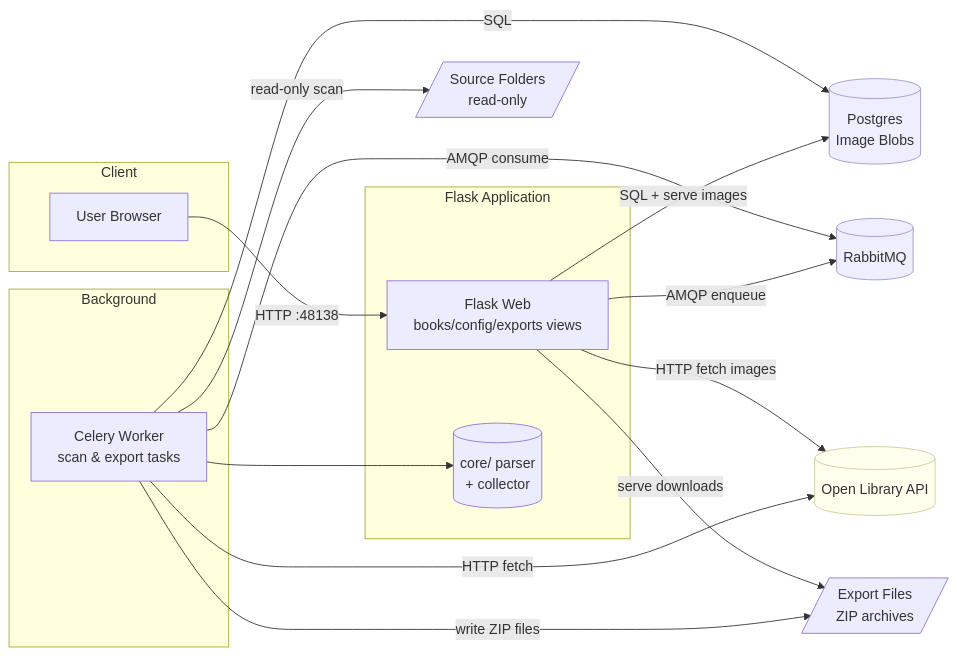
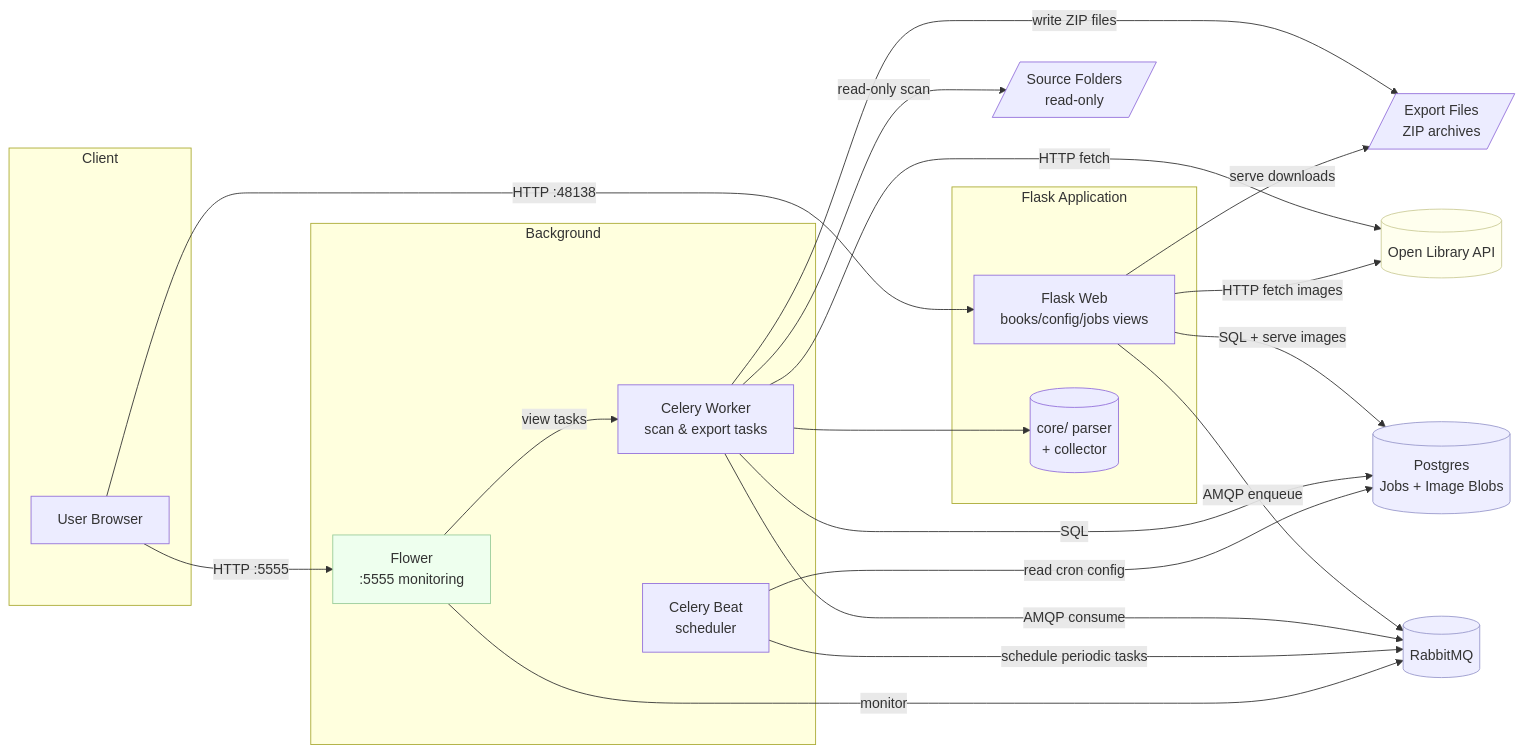
One commit to stonecharioteer/KOllector changed the diagram in docs/ARCHITECTURE.md. Above: the diagram before and after it, drawn with Mermaid. The commit also changed other lines of this file, not shown here.

First line of the commit message:
docs: update architecture for job retention and Flower monitoring

````diff
--- a/docs/ARCHITECTURE.md
+++ b/docs/ARCHITECTURE.md
@@ -5,38 +5,47 @@
 ```mermaid
 flowchart LR
   subgraph Client
     BROWSER[User Browser]
   end
 
   subgraph App[Flask Application]
-    WEB[Flask Web<br/>books/config/exports views]
+    WEB[Flask Web<br/>books/config/jobs views]
     CORE[(core/ parser<br/>+ collector)]
   end
 
   subgraph Worker[Background]
     CELERY[Celery Worker<br/>scan & export tasks]
+    BEAT[Celery Beat<br/>scheduler]
+    FLOWER[Flower<br/>:5555 monitoring]
   end
 
-  DB[(Postgres<br/>Image Blobs)]
+  DB[(Postgres<br/>Jobs + Image Blobs)]
   MQ[(RabbitMQ)]
   FS[/Source Folders<br/>read-only/]
   EXPORTS[/Export Files<br/>ZIP archives/]
   OL[(Open Library API)]
 
   BROWSER -->|HTTP :48138| WEB
+  BROWSER -->|HTTP :5555| FLOWER
   WEB -->|SQL + serve images| DB
   WEB -->|AMQP enqueue| MQ
   CELERY -->|AMQP consume| MQ
   CELERY -->|SQL| DB
   CELERY -->|read-only scan| FS
   CELERY --> CORE
   CELERY -->|HTTP fetch| OL
   WEB -->|HTTP fetch images| OL
   CELERY -->|write ZIP files| EXPORTS
   WEB -->|serve downloads| EXPORTS
+  BEAT -->|schedule periodic tasks| MQ
+  BEAT -->|read cron config| DB
+  FLOWER -->|monitor| MQ
+  FLOWER -->|view tasks| CELERY
 
   classDef store fill:#eef,stroke:#99c
   classDef ext fill:#ffe,stroke:#cc9
+  classDef monitor fill:#efe,stroke:#9c9
   class DB,MQ store
   class OL ext
+  class FLOWER monitor
 ```
````
